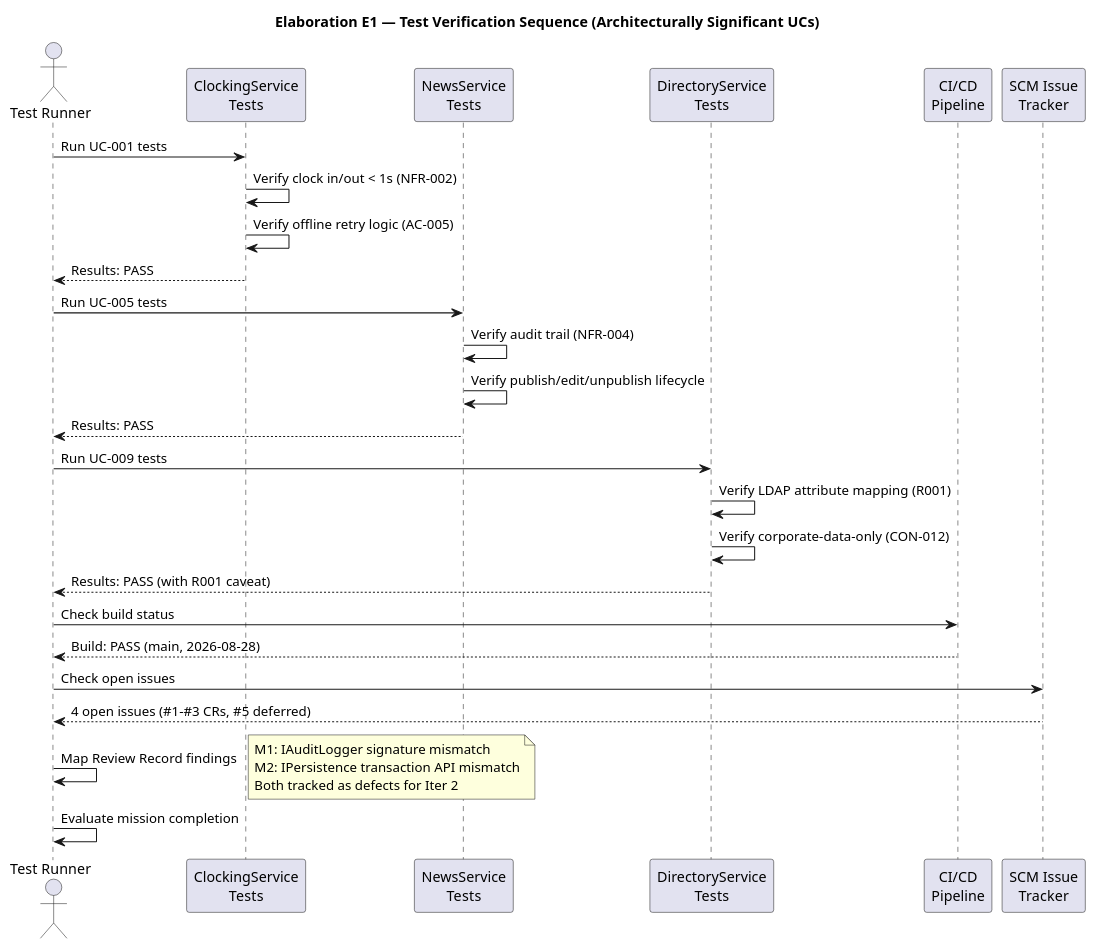
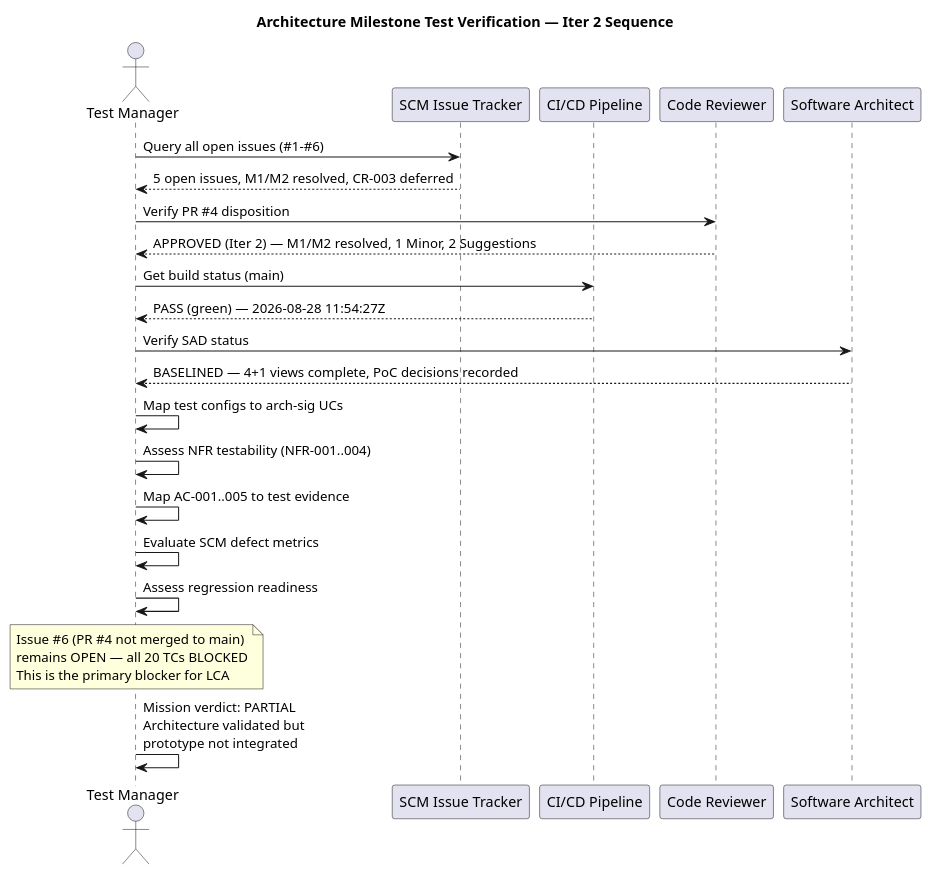
Before and after one commit to banense-test/portal-cuba-corp: the third of 3 diagrams in docs/artifacts/test/test-evaluation-summary.md, drawn with PlantUML. The commit also changed other lines of this file, not shown here.

First line of the commit message:
Test Manager [E2]: upsert Test Evaluation Summary

````diff
--- a/docs/artifacts/test/test-evaluation-summary.md
+++ b/docs/artifacts/test/test-evaluation-summary.md
@@ -199,43 +228,34 @@
 ```plantuml
 @startuml
-title Elaboration E1 — Test Verification Sequence (Architecturally Significant UCs)
+title Architecture Milestone Test Verification — Iter 2 Sequence
 
-actor "Test Runner" as TR
-participant "ClockingService\nTests" as CST
-participant "NewsService\nTests" as NST
-participant "DirectoryService\nTests" as DST
-participant "CI/CD\nPipeline" as CI
-participant "SCM Issue\nTracker" as SCM
+actor "Test Manager" as TM
+participant "SCM Issue Tracker" as SCM
+participant "CI/CD Pipeline" as CI
+participant "Code Reviewer" as CR
+participant "Software Architect" as SA
 
-TR -> CST : Run UC-001 tests
-CST -> CST : Verify clock in/out < 1s (NFR-002)
-CST -> CST : Verify offline retry logic (AC-005)
-CST --> TR : Results: PASS
+TM -> SCM : Query all open issues (#1-#6)
+SCM --> TM : 5 open issues, M1/M2 resolved, CR-003 deferred
 
-TR -> NST : Run UC-005 tests
-NST -> NST : Verify audit trail (NFR-004)
-NST -> NST : Verify publish/edit/unpublish lifecycle
-NST --> TR : Results: PASS
+TM -> CR : Verify PR #4 disposition
+CR --> TM : APPROVED (Iter 2) — M1/M2 resolved, 1 Minor, 2 Suggestions
 
-TR -> DST : Run UC-009 tests
-DST -> DST : Verify LDAP attribute mapping (R001)
-DST -> DST : Verify corporate-data-only (CON-012)
-DST --> TR : Results: PASS (with R001 caveat)
+TM -> CI : Get build status (main)
+CI --> TM : PASS (green) — 2026-08-28 11:54:27Z
 
-TR -> CI : Check build status
-CI --> TR : Build: PASS (main, 2026-08-28)
+TM -> SA : Verify SAD status
+SA --> TM : BASELINED — 4+1 views complete, PoC decisions recorded
 
-TR -> SCM : Check open issues
-SCM --> TR : 4 open issues (#1-#3 CRs, #5 deferred)
+TM -> TM : Map test configs to arch-sig UCs
+TM -> TM : Assess NFR testability (NFR-001..004)
+TM -> TM : Map AC-001..005 to test evidence
+TM -> TM : Evaluate SCM defect metrics
+TM -> TM : Assess regression readiness
 
-TR -> TR : Map Review Record findings
-  note right
-    M1: IAuditLogger signature mismatch
-    M2: IPersistence transaction API mismatch
-    Both tracked as defects for Iter 2
-  end note
+note over TM : Issue #6 (PR #4 not merged to main)\nremains OPEN — all 20 TCs BLOCKED\nThis is the primary blocker for LCA
 
-TR -> TR : Evaluate mission completion
+TM -> TM : Mission verdict: PARTIAL\nArchitecture validated but\nprototype not integrated
 
 @enduml
 ```
````
